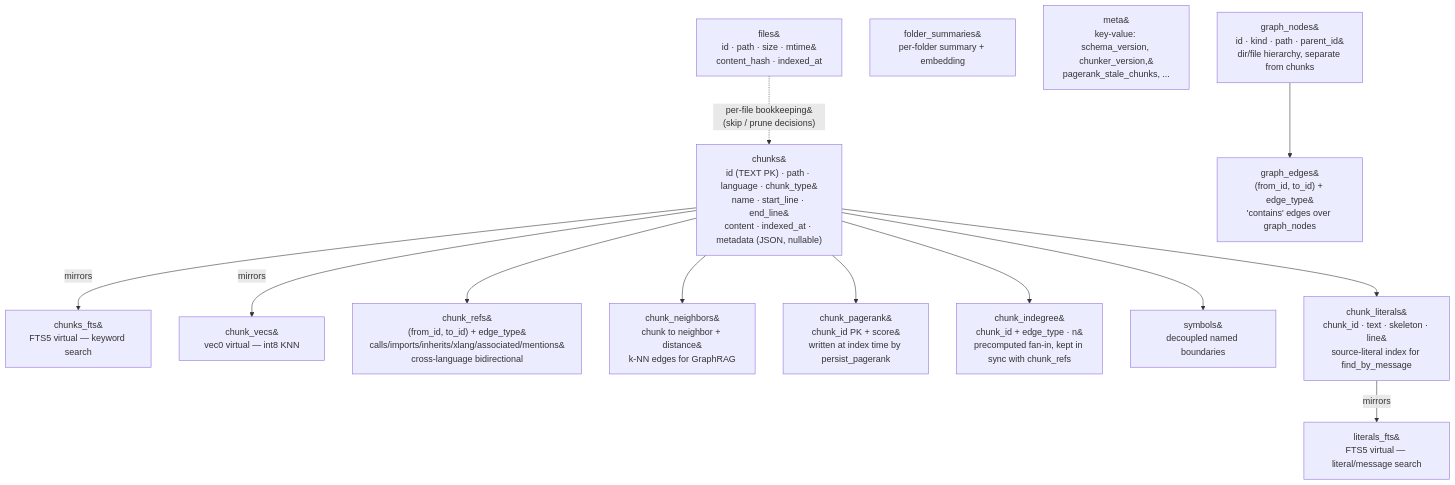
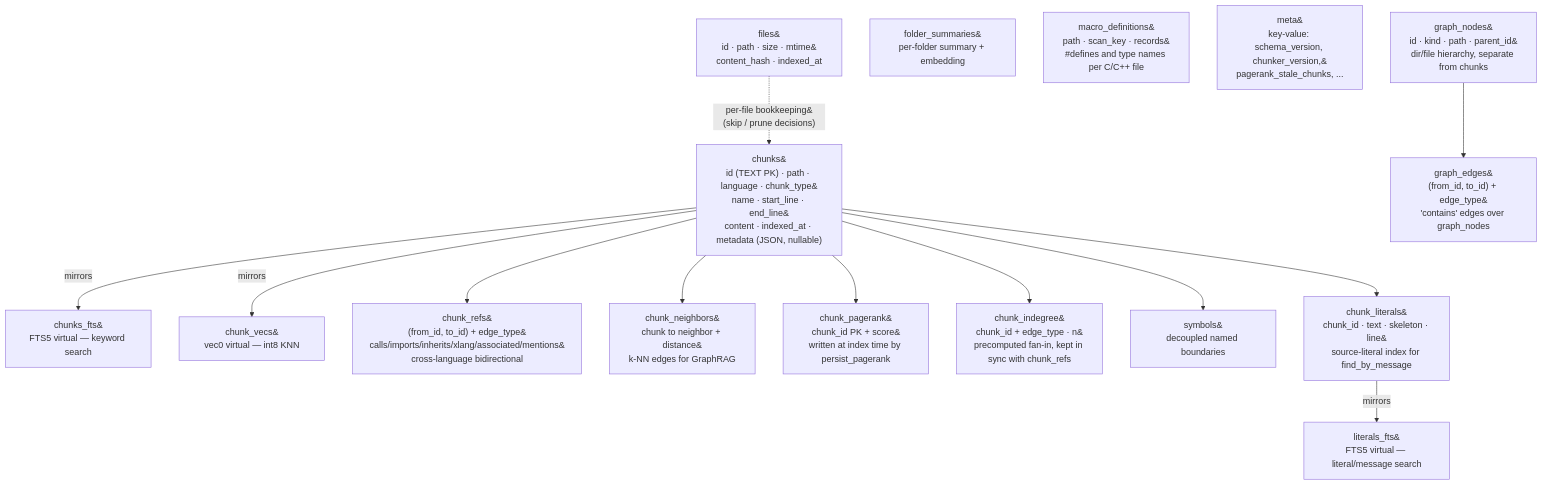
Before and after one commit to mgonzalez01/Chonks: the second of 2 diagrams in DOCS.md, drawn with Mermaid. The commit also changed other lines of this file and 10 other files, not shown here.

First line of the commit message:
Read C and C++ macro definitions before parsing

````diff
--- a/DOCS.md
+++ b/DOCS.md
@@ -91,19 +91,20 @@
 ```mermaid
 flowchart TD
     FILES["files&#10;id &middot; path &middot; size &middot; mtime&#10;content_hash &middot; indexed_at"] -.->|"per-file bookkeeping&#10;(skip / prune decisions)"| CHUNKS
     CHUNKS["chunks&#10;id (TEXT PK) &middot; path &middot; language &middot; chunk_type&#10;name &middot; start_line &middot; end_line&#10;content &middot; indexed_at &middot; metadata (JSON, nullable)"]
     CHUNKS -->|mirrors| FTS["chunks_fts&#10;FTS5 virtual &mdash; keyword search"]
     CHUNKS -->|mirrors| VECS["chunk_vecs&#10;vec0 virtual &mdash; int8 KNN"]
     CHUNKS --> REFS["chunk_refs&#10;(from_id, to_id) + edge_type&#10;calls/imports/inherits/xlang/associated/mentions&#10;cross-language bidirectional"]
     CHUNKS --> NEI["chunk_neighbors&#10;chunk to neighbor + distance&#10;k-NN edges for GraphRAG"]
     CHUNKS --> PR["chunk_pagerank&#10;chunk_id PK + score&#10;written at index time by persist_pagerank"]
     CHUNKS --> INDEG["chunk_indegree&#10;chunk_id + edge_type &middot; n&#10;precomputed fan-in, kept in sync with chunk_refs"]
     CHUNKS --> SYMS["symbols&#10;decoupled named boundaries"]
     CHUNKS --> LIT["chunk_literals&#10;chunk_id &middot; text &middot; skeleton &middot; line&#10;source-literal index for find_by_message"]
     LIT -->|mirrors| LFTS["literals_fts&#10;FTS5 virtual &mdash; literal/message search"]
     FOLD["folder_summaries&#10;per-folder summary + embedding"]
+    MDEFS["macro_definitions&#10;path &middot; scan_key &middot; records&#10;#defines and type names per C/C++ file"]
     META["meta&#10;key-value: schema_version, chunker_version,&#10;pagerank_stale_chunks, ..."]
     GNODES["graph_nodes&#10;id &middot; kind &middot; path &middot; parent_id&#10;dir/file hierarchy, separate from chunks"]
     GEDGES["graph_edges&#10;(from_id, to_id) + edge_type&#10;'contains' edges over graph_nodes"]
     GNODES --> GEDGES
 ```
````
